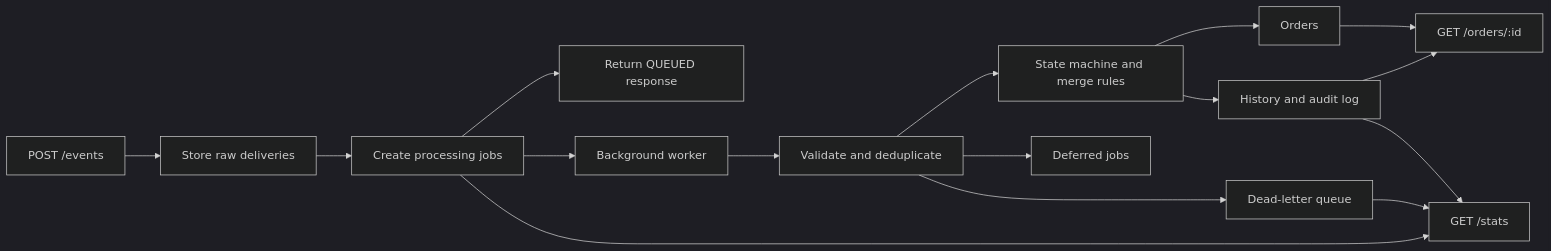
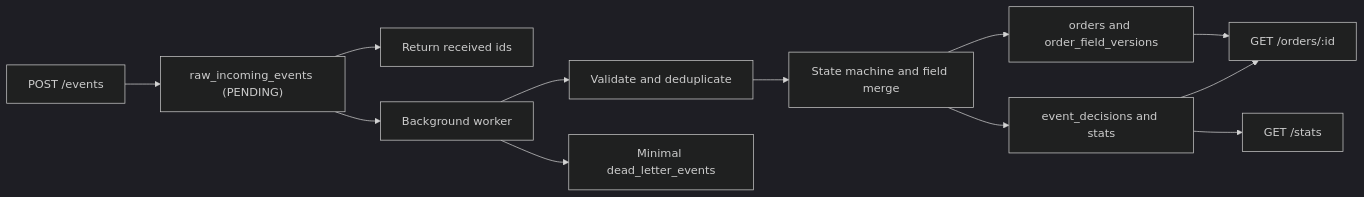
The diagram in docs/README.md (julianowicka/event-processing-engine), drawn with Mermaid (dark theme) before and after one commit. The commit also changed other lines of this file and 16 other files, not shown here.

````diff
--- a/docs/README.md
+++ b/docs/README.md
@@ -31,18 +40,14 @@
 ```mermaid
 flowchart LR
-    A["POST /events"] --> B["Store raw deliveries"]
-    B --> C["Create processing jobs"]
-    C --> D["Return QUEUED response"]
-    C --> E["Background worker"]
-    E --> F["Validate and deduplicate"]
-    F --> G["State machine and merge rules"]
-    G --> H["Orders"]
-    G --> I["History and audit log"]
-    F --> J["Deferred jobs"]
-    F --> K["Dead-letter queue"]
-    H --> L["GET /orders/:id"]
-    I --> L
-    C --> M["GET /stats"]
-    I --> M
-    K --> M
+    A["POST /events"] --> B["raw_incoming_events (PENDING)"]
+    B --> C["Return received ids"]
+    B --> D["Background worker"]
+    D --> E["Validate and deduplicate"]
+    E --> F["State machine and field merge"]
+    F --> G["orders and order_field_versions"]
+    F --> H["event_decisions and stats"]
+    D --> I["Minimal dead_letter_events"]
+    G --> J["GET /orders/:id"]
+    H --> J
+    H --> K["GET /stats"]
 ```
````
